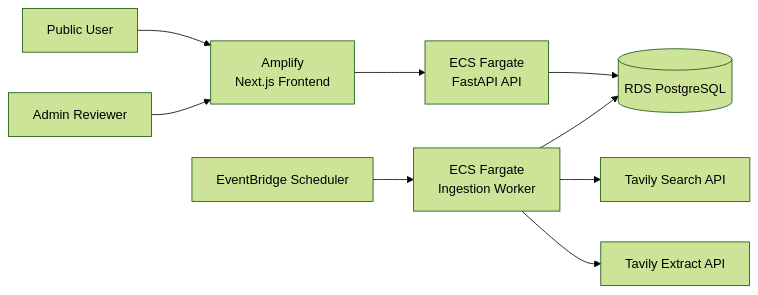
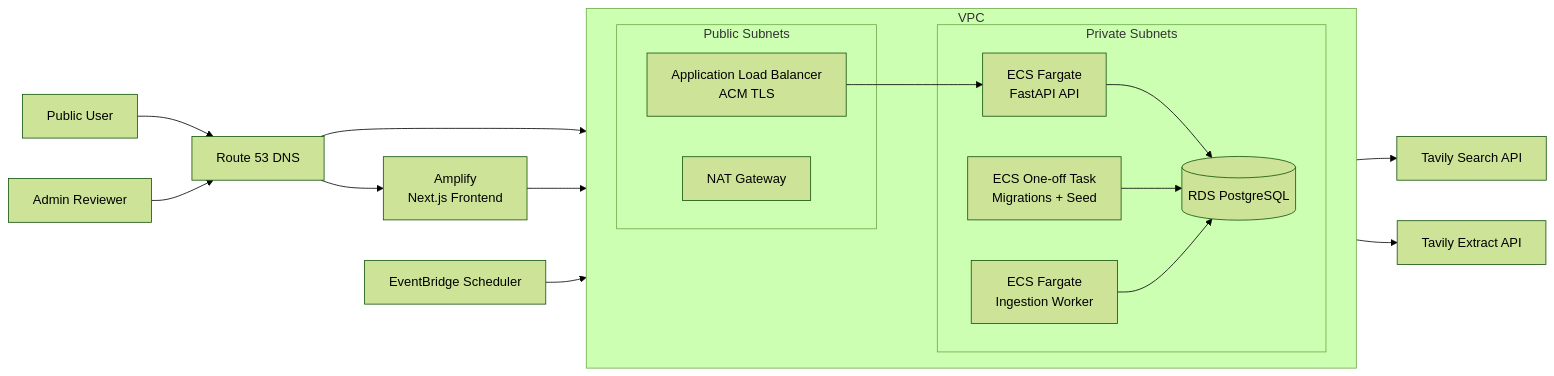
Before and after one commit to lblaseygg/coastal-watch: the diagram in docs/architecture/aws.md, drawn with Mermaid (forest theme). The commit also changed other lines of this file, not shown here.

````diff
--- a/docs/architecture/aws.md
+++ b/docs/architecture/aws.md
@@ -15,14 +15,34 @@
 ```mermaid
 flowchart LR
-    User[Public User] --> Amplify[Amplify<br/>Next.js Frontend]
-    Admin[Admin Reviewer] --> Amplify
+    User[Public User] --> Route53[Route 53 DNS]
+    Admin[Admin Reviewer] --> Route53
 
-    Amplify --> API[ECS Fargate<br/>FastAPI API]
-    API --> RDS[(RDS PostgreSQL)]
+    Route53 --> Amplify[Amplify<br/>Next.js Frontend]
+    Route53 --> ALB[Application Load Balancer<br/>ACM TLS]
 
-    EventBridge[EventBridge Scheduler] --> Worker[ECS Fargate<br/>Ingestion Worker]
+    subgraph VPC["VPC"]
+        direction LR
 
+        subgraph Public["Public Subnets"]
+            ALB
+            NAT[NAT Gateway]
+        end
+
+        subgraph Private["Private Subnets"]
+            API[ECS Fargate<br/>FastAPI API]
+            Worker[ECS Fargate<br/>Ingestion Worker]
+            Init[ECS One-off Task<br/>Migrations + Seed]
+            RDS[(RDS PostgreSQL)]
+        end
+    end
+
+    Amplify --> ALB
+    ALB --> API
+    API --> RDS
+    Init --> RDS
+
+    EventBridge[EventBridge Scheduler] --> Worker
     Worker --> Search[Tavily Search API]
     Worker --> Extract[Tavily Extract API]
     Worker --> RDS
 ```
````
